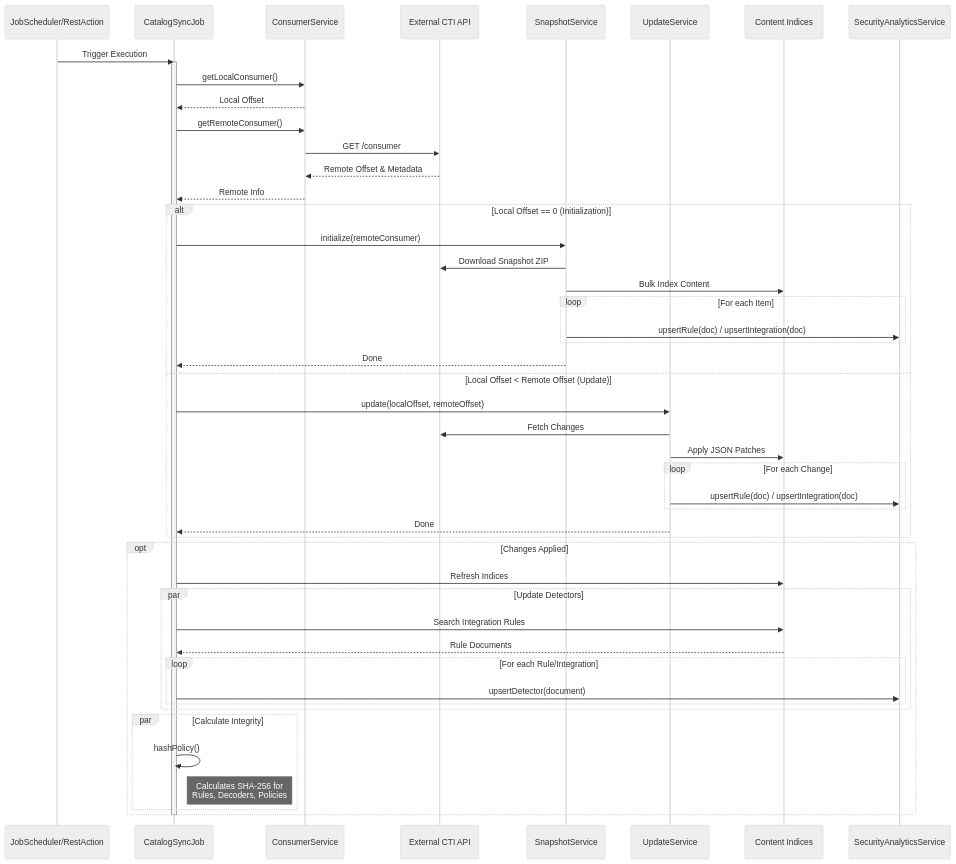
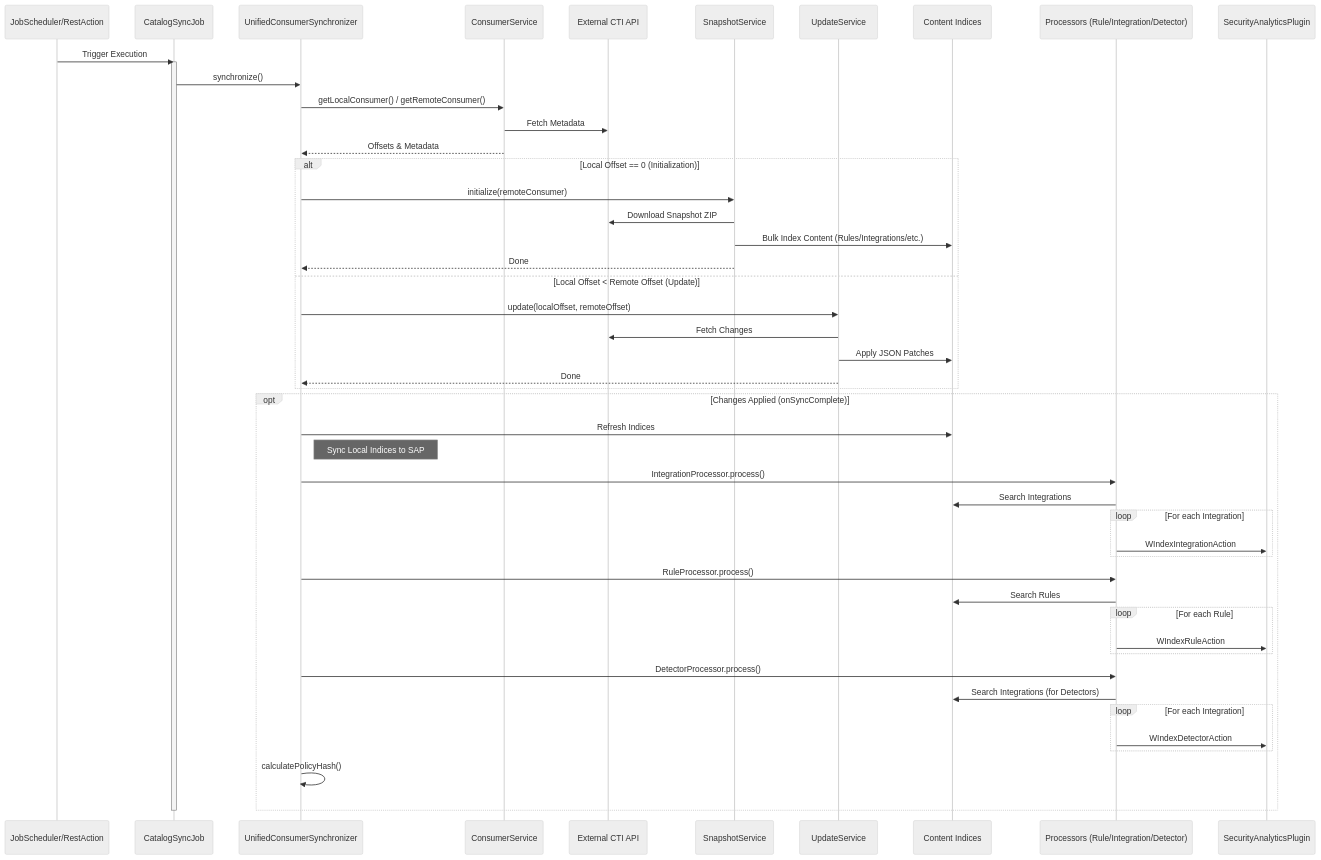
One commit to wazuh/wazuh-indexer-plugins changed the second of 2 diagrams in docs/dev/plugins/content-manager.md. Above: the diagram before and after it, drawn with Mermaid (neutral theme). The commit also changed other lines of this file and 2 other files, not shown here.

Commit message:
Add documentation and Changelog

````diff
--- a/docs/dev/plugins/content-manager.md
+++ b/docs/dev/plugins/content-manager.md
@@ -193,59 +192,62 @@
 ```mermaid
 sequenceDiagram
     participant Scheduler as JobScheduler/RestAction
     participant SyncJob as CatalogSyncJob
+    participant Synchronizer as UnifiedConsumerSynchronizer
     participant ConsumerSvc as ConsumerService
     participant CTI as External CTI API
     participant Snapshot as SnapshotService
     participant Update as UpdateService
     participant Indices as Content Indices
-    participant SAP as SecurityAnalyticsService
+    participant Processors as Processors (Rule/Integration/Detector)
+    participant SAP as SecurityAnalyticsPlugin
 
     Scheduler->>SyncJob: Trigger Execution
     activate SyncJob
     
-    SyncJob->>ConsumerSvc: getLocalConsumer()
-    ConsumerSvc-->>SyncJob: Local Offset
+    SyncJob->>Synchronizer: synchronize()
     
-    SyncJob->>ConsumerSvc: getRemoteConsumer()
-    ConsumerSvc->>CTI: GET /consumer
-    CTI-->>ConsumerSvc: Remote Offset & Metadata
-    ConsumerSvc-->>SyncJob: Remote Info
+    Synchronizer->>ConsumerSvc: getLocalConsumer() / getRemoteConsumer()
+    ConsumerSvc->>CTI: Fetch Metadata
+    ConsumerSvc-->>Synchronizer: Offsets & Metadata
 
     alt Local Offset == 0 (Initialization)
-        SyncJob->>Snapshot: initialize(remoteConsumer)
+        Synchronizer->>Snapshot: initialize(remoteConsumer)
         Snapshot->>CTI: Download Snapshot ZIP
-        Snapshot->>Indices: Bulk Index Content
-        loop For each Item
-            Snapshot->>SAP: upsertRule(doc) / upsertIntegration(doc)
-        end
-        Snapshot-->>SyncJob: Done
+        Snapshot->>Indices: Bulk Index Content (Rules/Integrations/etc.)
+        Snapshot-->>Synchronizer: Done
     else Local Offset < Remote Offset (Update)
-        SyncJob->>Update: update(localOffset, remoteOffset)
+        Synchronizer->>Update: update(localOffset, remoteOffset)
         Update->>CTI: Fetch Changes
         Update->>Indices: Apply JSON Patches
-        loop For each Change
-            Update->>SAP: upsertRule(doc) / upsertIntegration(doc)
-        end
-        Update-->>SyncJob: Done
+        Update-->>Synchronizer: Done
     end
 
-    opt Changes Applied
-        SyncJob->>Indices: Refresh Indices
+    opt Changes Applied (onSyncComplete)
+        Synchronizer->>Indices: Refresh Indices
         
-        par Update Detectors
-            SyncJob->>Indices: Search Integration Rules
-            Indices-->>SyncJob: Rule Documents
-            loop For each Rule/Integration
-                SyncJob->>SAP: upsertDetector(document)
-            end
+        Note right of Synchronizer: Sync Local Indices to SAP
+        
+        Synchronizer->>Processors: IntegrationProcessor.process()
+        Processors->>Indices: Search Integrations
+        loop For each Integration
+            Processors->>SAP: WIndexIntegrationAction
         end
 
-        par Calculate Integrity
-            SyncJob->>SyncJob: hashPolicy()
-            note right of SyncJob: Calculates SHA-256 for<br/>Rules, Decoders, Policies
+        Synchronizer->>Processors: RuleProcessor.process()
+        Processors->>Indices: Search Rules
+        loop For each Rule
+            Processors->>SAP: WIndexRuleAction
         end
+
+        Synchronizer->>Processors: DetectorProcessor.process()
+        Processors->>Indices: Search Integrations (for Detectors)
+        loop For each Integration
+            Processors->>SAP: WIndexDetectorAction
+        end
+
+        Synchronizer->>Synchronizer: calculatePolicyHash()
     end
 
     deactivate SyncJob
 ```
````
